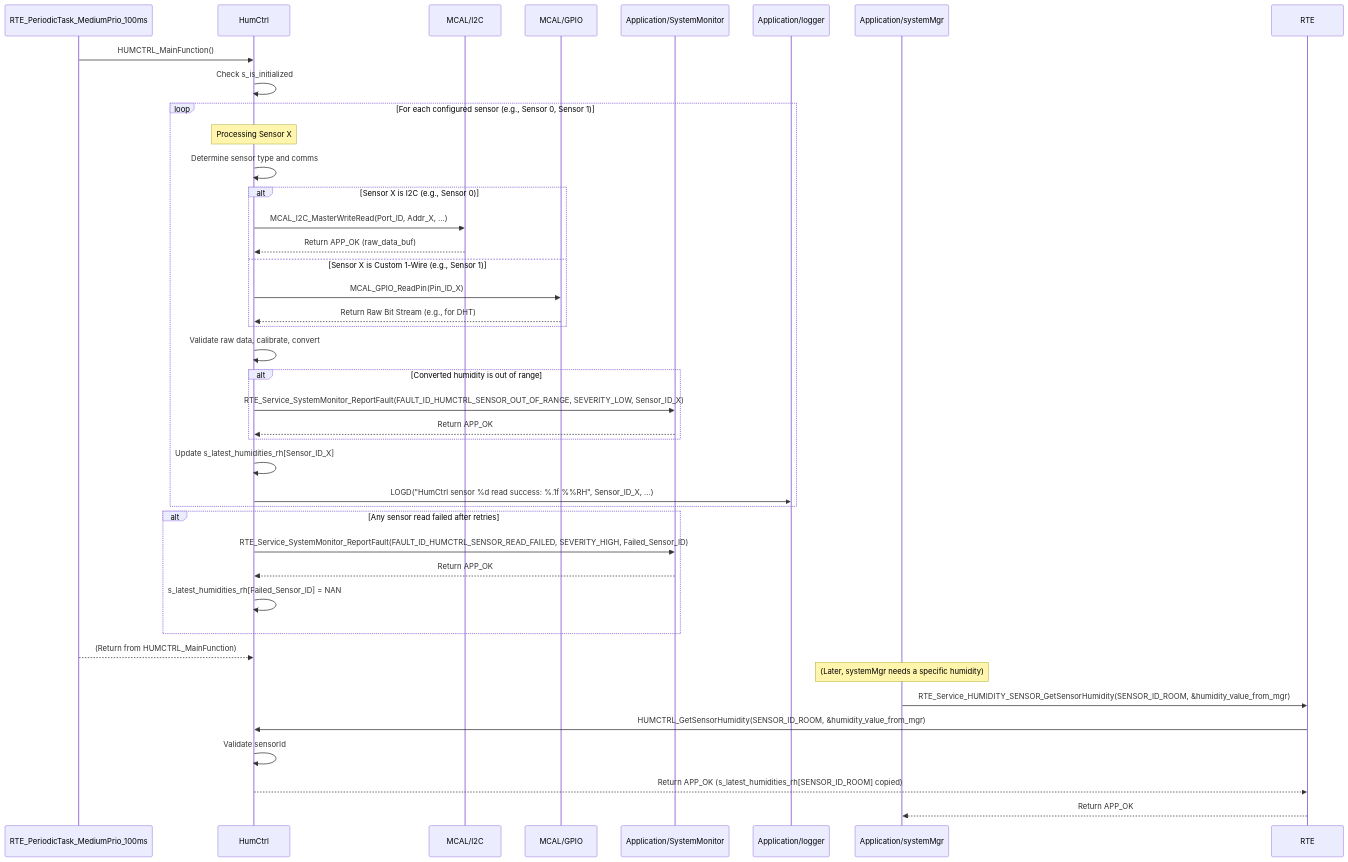
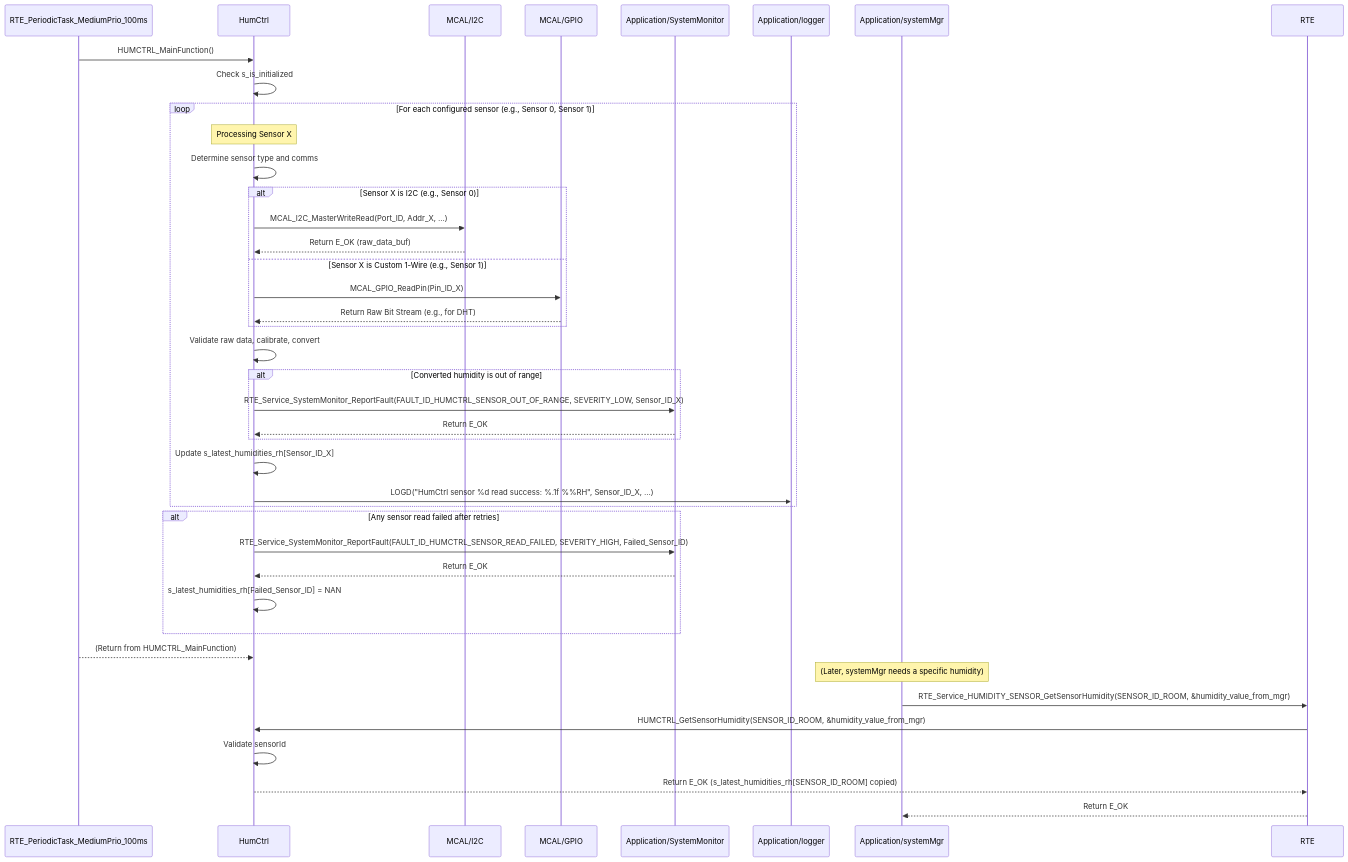
One commit to ashaker-2/Platform changed the diagram in Requiremets/Design/Application/HumidityControl.md. Above: the diagram before and after it, drawn with Mermaid. The commit also changed other lines of this file and 716 other files, not shown here.

````diff
--- a/Requiremets/Design/Application/HumidityControl.md
+++ b/Requiremets/Design/Application/HumidityControl.md
@@ -164,44 +164,44 @@
 ```mermaid
 sequenceDiagram  
     participant RTE_Task as RTE_PeriodicTask_MediumPrio_100ms  
     participant HumCtrl as HumCtrl  
     participant MCAL_I2C as MCAL/I2C  
     participant MCAL_GPIO as MCAL/GPIO  
     participant SystemMonitor as Application/SystemMonitor  
     participant Logger as Application/logger  
     participant SystemMgr as Application/systemMgr
 
     RTE_Task->>HumCtrl: HUMCTRL_MainFunction()  
     HumCtrl->>HumCtrl: Check s_is_initialized  
     loop For each configured sensor (e.g., Sensor 0, Sensor 1)  
         Note over HumCtrl: Processing Sensor X  
         HumCtrl->>HumCtrl: Determine sensor type and comms  
         alt Sensor X is I2C (e.g., Sensor 0)  
             HumCtrl->>MCAL_I2C: MCAL_I2C_MasterWriteRead(Port_ID, Addr_X, ...)  
-            MCAL_I2C-->>HumCtrl: Return APP_OK (raw_data_buf)  
+            MCAL_I2C-->>HumCtrl: Return E_OK (raw_data_buf)  
         else Sensor X is Custom 1-Wire (e.g., Sensor 1)  
             HumCtrl->>MCAL_GPIO: MCAL_GPIO_ReadPin(Pin_ID_X)  
             MCAL_GPIO-->>HumCtrl: Return Raw Bit Stream (e.g., for DHT)  
         end  
         HumCtrl->>HumCtrl: Validate raw data, calibrate, convert  
         alt Converted humidity is out of range  
             HumCtrl->>SystemMonitor: RTE_Service_SystemMonitor_ReportFault(FAULT_ID_HUMCTRL_SENSOR_OUT_OF_RANGE, SEVERITY_LOW, Sensor_ID_X)  
-            SystemMonitor-->>HumCtrl: Return APP_OK  
+            SystemMonitor-->>HumCtrl: Return E_OK  
         end  
         HumCtrl->>HumCtrl: Update s_latest_humidities_rh[Sensor_ID_X]  
         HumCtrl->>Logger: LOGD("HumCtrl sensor %d read success: %.1f %%RH", Sensor_ID_X, ...)  
     end  
     alt Any sensor read failed after retries  
         HumCtrl->>SystemMonitor: RTE_Service_SystemMonitor_ReportFault(FAULT_ID_HUMCTRL_SENSOR_READ_FAILED, SEVERITY_HIGH, Failed_Sensor_ID)  
-        SystemMonitor-->>HumCtrl: Return APP_OK  
+        SystemMonitor-->>HumCtrl: Return E_OK  
         HumCtrl->>HumCtrl: s_latest_humidities_rh[Failed_Sensor_ID] = NAN  
     end  
     RTE_Task-->>HumCtrl: (Return from HUMCTRL_MainFunction)
 
     Note over SystemMgr: (Later, systemMgr needs a specific humidity)  
     SystemMgr->>RTE: RTE_Service_HUMIDITY_SENSOR_GetSensorHumidity(SENSOR_ID_ROOM, &humidity_value_from_mgr)  
     RTE->>HumCtrl: HUMCTRL_GetSensorHumidity(SENSOR_ID_ROOM, &humidity_value_from_mgr)  
     HumCtrl->>HumCtrl: Validate sensorId  
-    HumCtrl-->>RTE: Return APP_OK (s_latest_humidities_rh[SENSOR_ID_ROOM] copied)  
-    RTE-->>SystemMgr: Return APP_OK
+    HumCtrl-->>RTE: Return E_OK (s_latest_humidities_rh[SENSOR_ID_ROOM] copied)  
+    RTE-->>SystemMgr: Return E_OK
 ```
````
